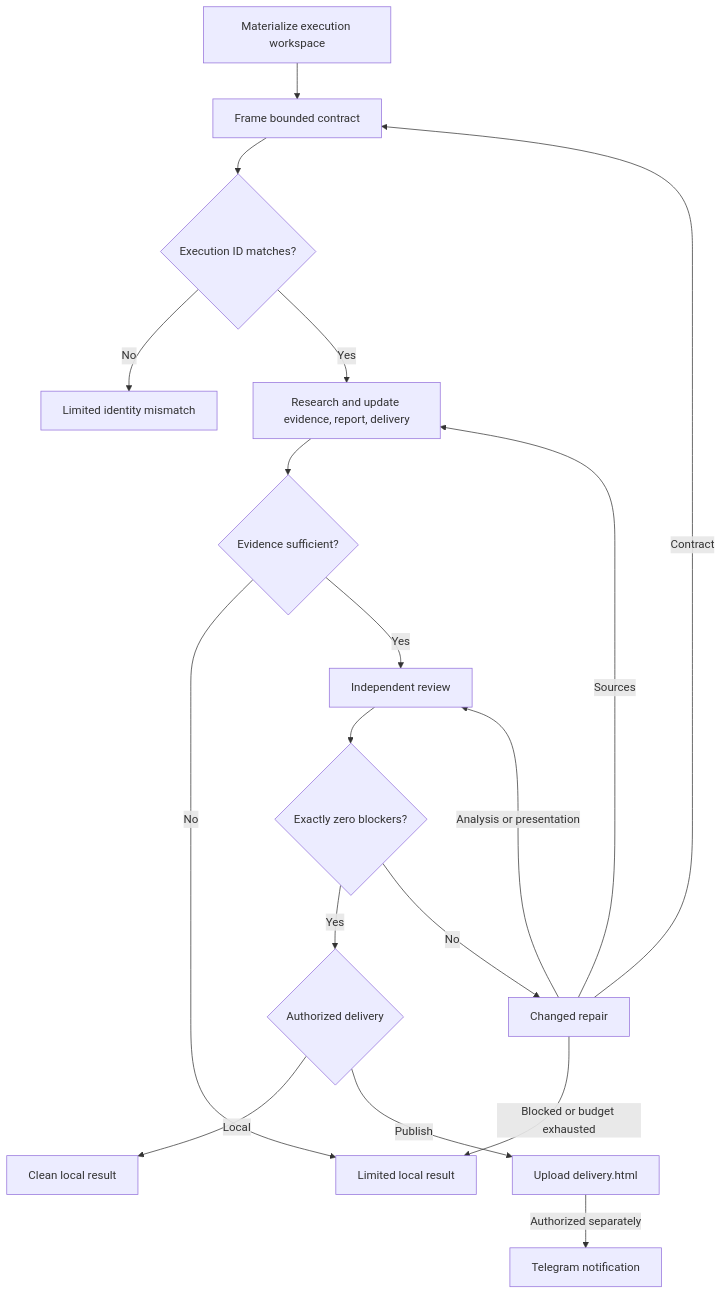
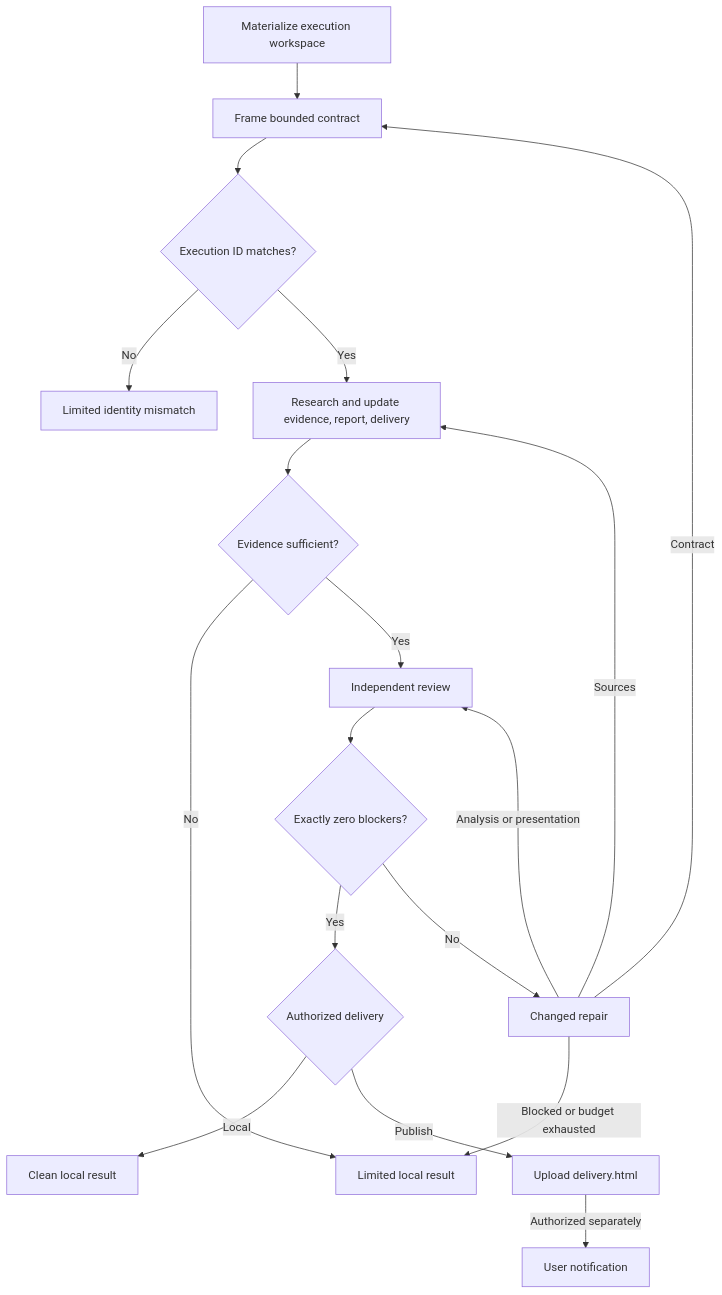
The diagram in packages/docs/src/content/docs/docs/reference/workflows/iterative-research.mdx (moira-mcp/moira), drawn with Mermaid before and after one commit. The commit also changed other lines of this file and 215 other files, not shown here.

````diff
--- a/packages/docs/src/content/docs/docs/reference/workflows/iterative-research.mdx
+++ b/packages/docs/src/content/docs/docs/reference/workflows/iterative-research.mdx
@@ -45,20 +45,20 @@
 ```mermaid
 flowchart TD
     A[Materialize execution workspace] --> B[Frame bounded contract]
     B --> C{Execution ID matches?}
     C -->|No| X[Limited identity mismatch]
     C -->|Yes| D[Research and update evidence, report, delivery]
     D --> E{Evidence sufficient?}
     E -->|No| L[Limited local result]
     E -->|Yes| F[Independent review]
     F --> G{Exactly zero blockers?}
     G -->|Yes| H{Authorized delivery}
     G -->|No| I[Changed repair]
     I -->|Contract| B
     I -->|Sources| D
     I -->|Analysis or presentation| F
     I -->|Blocked or budget exhausted| L
     H -->|Local| J[Clean local result]
     H -->|Publish| K[Upload delivery.html]
-    K -->|Authorized separately| N[Telegram notification]
+    K -->|Authorized separately| N[User notification]
 ```
````
